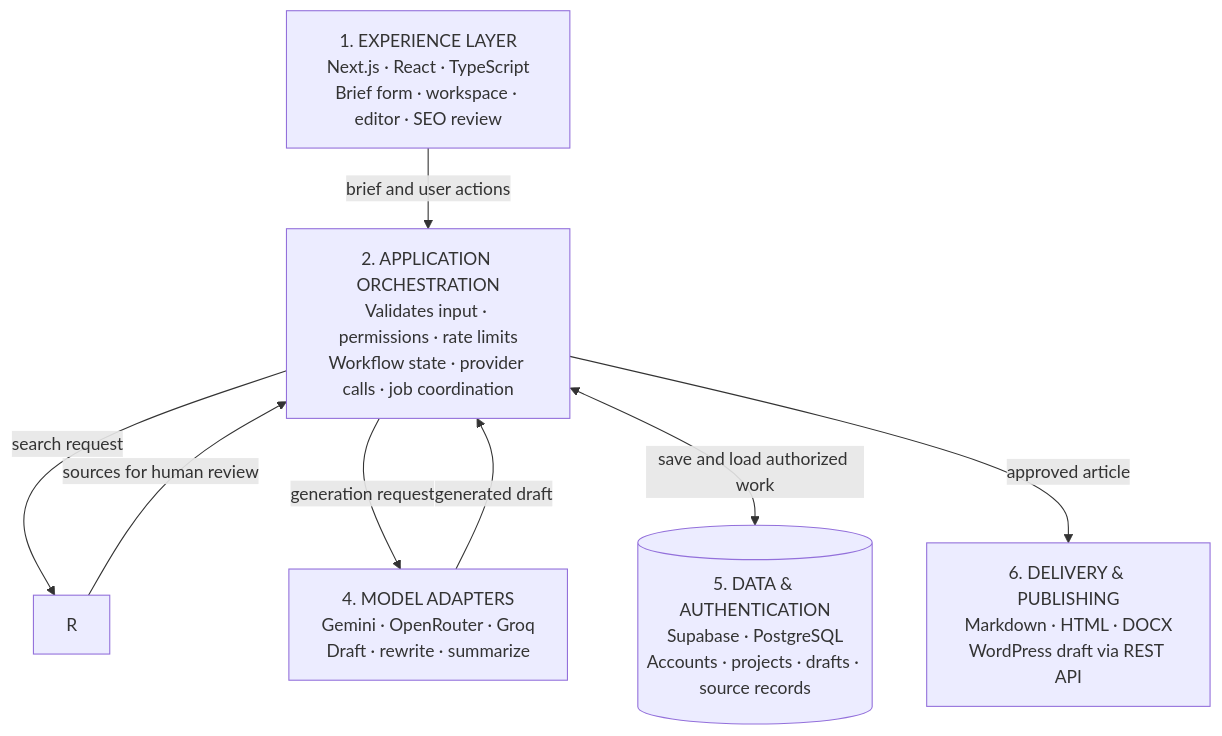
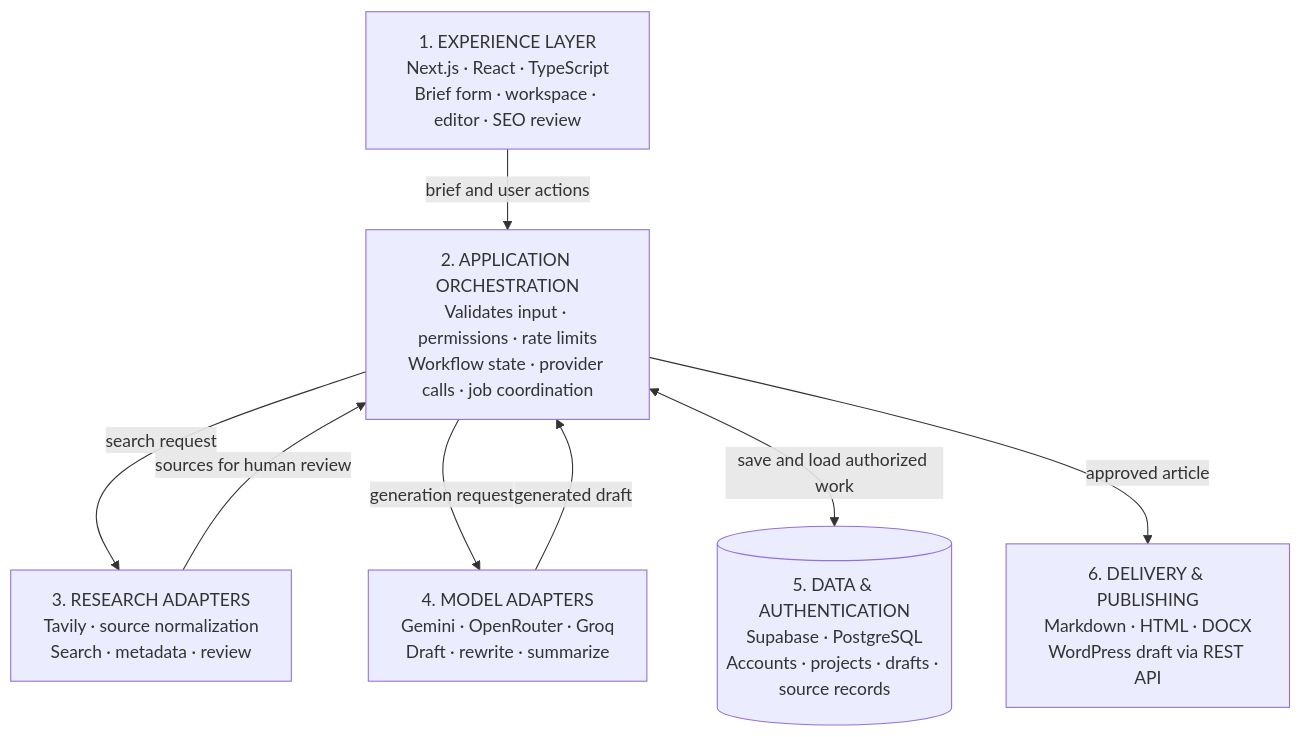
One commit to NSKWeb/inkora-ai changed the second of 2 diagrams in README.md. Above: the diagram before and after it, drawn with Mermaid.

Commit message:
docs: fix architecture diagram and setup numbering

````diff
--- a/README.md
+++ b/README.md
@@ -100,15 +100,16 @@
 ```mermaid
 flowchart TB
     U["1. EXPERIENCE LAYER<br/>Next.js · React · TypeScript<br/>Brief form · workspace · editor · SEO review"]
     O["2. APPLICATION ORCHESTRATION<br/>Validates input · permissions · rate limits<br/>Workflow state · provider calls · job coordination"]
+    R["3. RESEARCH ADAPTERS<br/>Tavily · source normalization<br/>Search · metadata · review"]
     M["4. MODEL ADAPTERS<br/>Gemini · OpenRouter · Groq<br/>Draft · rewrite · summarize"]
     DB[("5. DATA & AUTHENTICATION<br/>Supabase · PostgreSQL<br/>Accounts · projects · drafts · source records")]
     P["6. DELIVERY & PUBLISHING<br/>Markdown · HTML · DOCX<br/>WordPress draft via REST API"]
     U -->|"brief and user actions"| O
     O -->|"search request"| R
     O -->|"generation request"| M
     R -->|"sources for human review"| O
     M -->|"generated draft"| O
     O <-->|"save and load authorized work"| DB
     O -->|"approved article"| P
 ```
````
